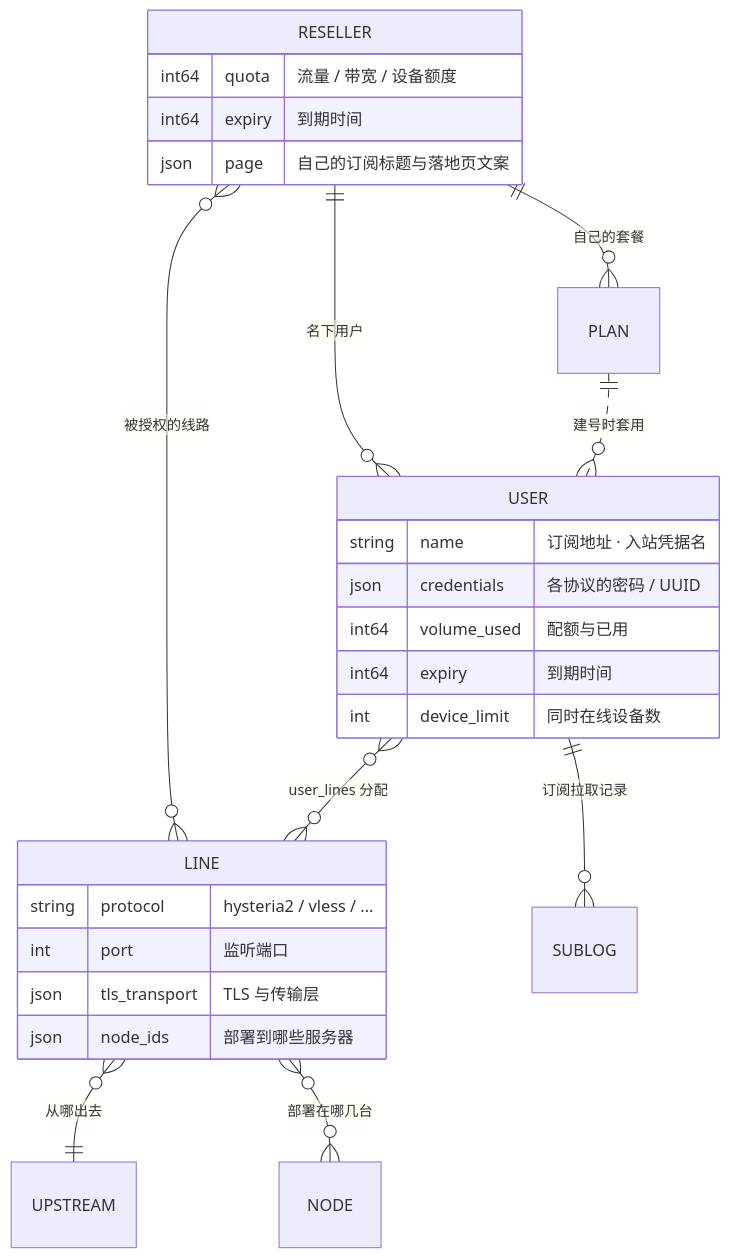
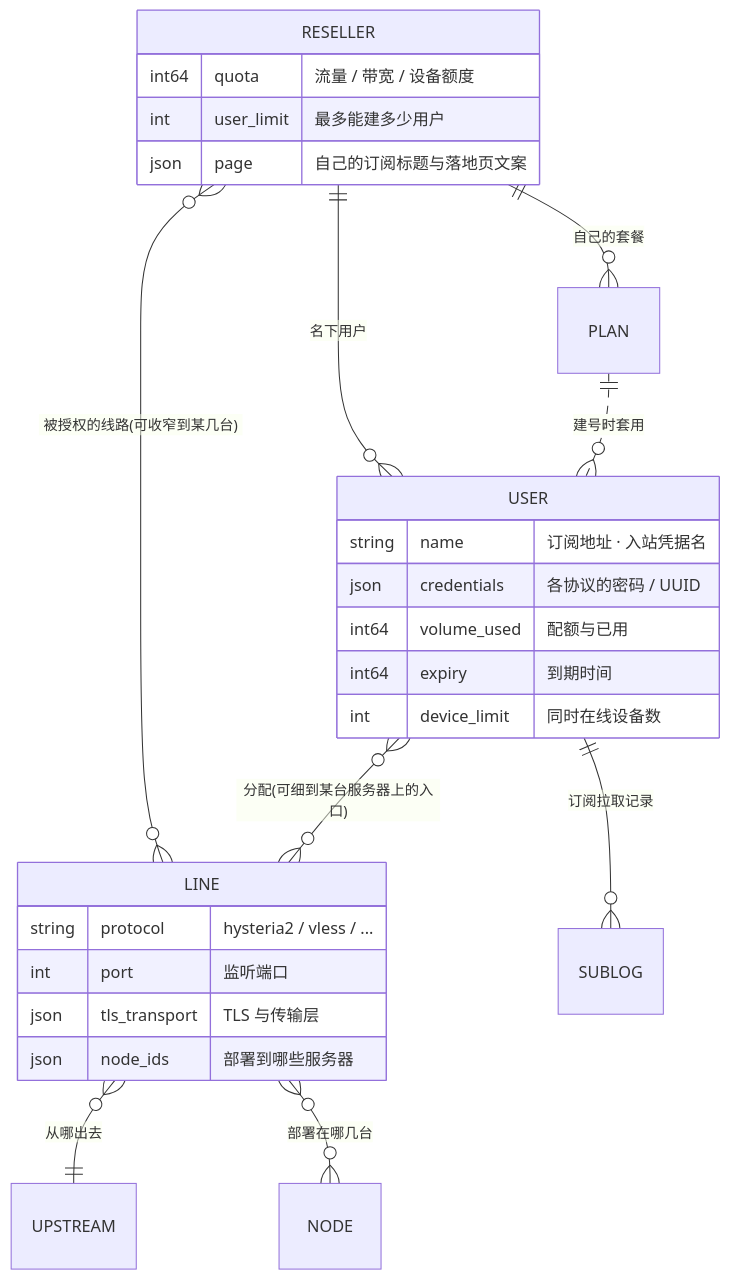
The fifth of 5 diagrams in README.md (Maoyangui/m-ui), drawn with Mermaid before and after one commit. The commit also changed other lines of this file and 1 other file, not shown here.

Commit message:
README 架构图重画:五张图在 GitHub 上原来有两张会被压到 67% 和 82%,文字跟着缩小到看不清 —— 图一从三列横排改成分层,图二把干跑用的解析器和运行中的数据面合成一个 sing-box(本来就是同一个),现在五张全部在正文宽度内按原尺寸渲染。配色改成每个节点都显式给底色与字色(深底白字、浅底近黑字),不再依赖主题默认值,GitHub 明暗两种主题下都够对比;去掉顺序图里那块近白色的 rect,它在深色模式下就是白底白字。内容一并更新:副机报告里加上上游巡检结果,数据模型标出分配可细到某台服务器、代理有用户数上限,后台节奏补上每小时清理日志与按设置巡检上游

````diff
--- a/README.md
+++ b/README.md
@@ -194,30 +200,30 @@
 ```mermaid
 erDiagram
   RESELLER ||--o{ USER : "名下用户"
   RESELLER ||--o{ PLAN : "自己的套餐"
-  RESELLER }o--o{ LINE : "被授权的线路"
-  USER }o--o{ LINE : "user_lines 分配"
+  RESELLER }o--o{ LINE : "被授权的线路(可收窄到某几台)"
+  USER }o--o{ LINE : "分配(可细到某台服务器上的入口)"
   PLAN ||..o{ USER : "建号时套用"
   LINE }o--|| UPSTREAM : "从哪出去"
   LINE }o--o{ NODE : "部署在哪几台"
   USER ||--o{ SUBLOG : "订阅拉取记录"
 
   USER {
     string name "订阅地址 · 入站凭据名"
     json credentials "各协议的密码 / UUID"
     int64 volume_used "配额与已用"
     int64 expiry "到期时间"
     int device_limit "同时在线设备数"
   }
   LINE {
     string protocol "hysteria2 / vless / ..."
     int port "监听端口"
     json tls_transport "TLS 与传输层"
     json node_ids "部署到哪些服务器"
   }
   RESELLER {
     int64 quota "流量 / 带宽 / 设备额度"
-    int64 expiry "到期时间"
+    int user_limit "最多能建多少用户"
     json page "自己的订阅标题与落地页文案"
   }
 ```
````
